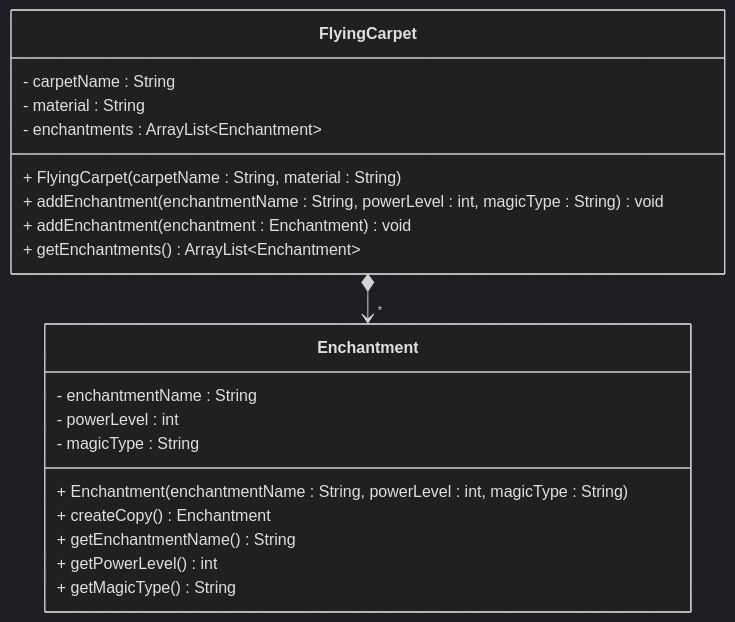
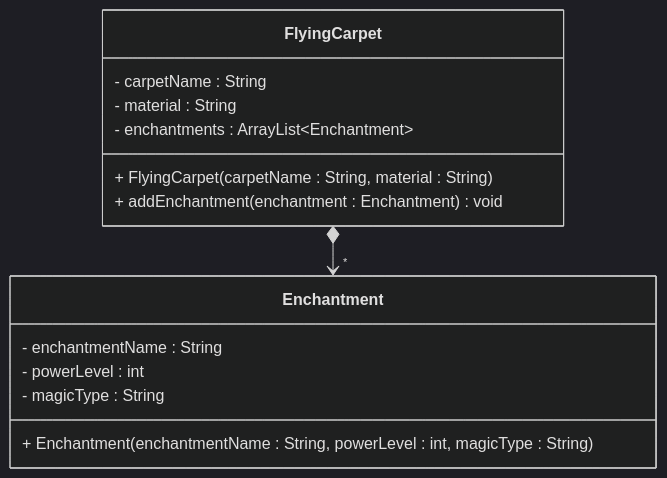
Before and after one commit to TroelsMortensen/Codelabs2: the second of 2 diagrams in Articles/Session 12 - One to Many/008 Composition.md, drawn with Mermaid (dark theme). The commit also changed other lines of this file and 2 other files, not shown here.

````diff
--- a/Articles/Session 12 - One to Many/008 Composition.md
+++ b/Articles/Session 12 - One to Many/008 Composition.md
@@ -143,24 +142,18 @@
 ```mermaid
 classDiagram
     class FlyingCarpet {
         - carpetName : String
         - material : String
         - enchantments : ArrayList~Enchantment~
         + FlyingCarpet(carpetName : String, material : String)
-        + addEnchantment(enchantmentName : String, powerLevel : int, magicType : String) void
         + addEnchantment(enchantment : Enchantment) void
-        + getEnchantments() ArrayList~Enchantment~
     }
 
     class Enchantment {
         - enchantmentName : String
         - powerLevel : int
         - magicType : String
         + Enchantment(enchantmentName : String, powerLevel : int, magicType : String)
-        + createCopy() Enchantment
-        + getEnchantmentName() String
-        + getPowerLevel() int
-        + getMagicType() String
     }
     FlyingCarpet *--> "*" Enchantment
 ```
````
